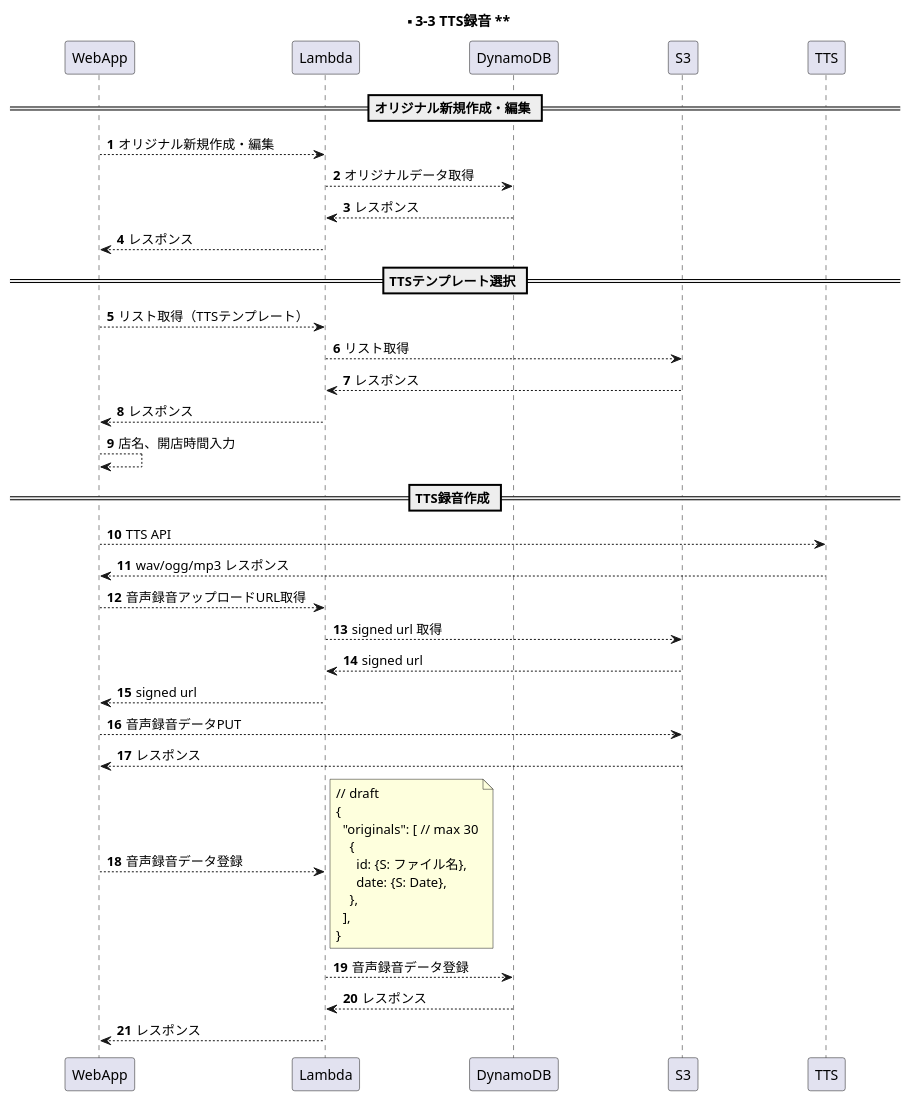
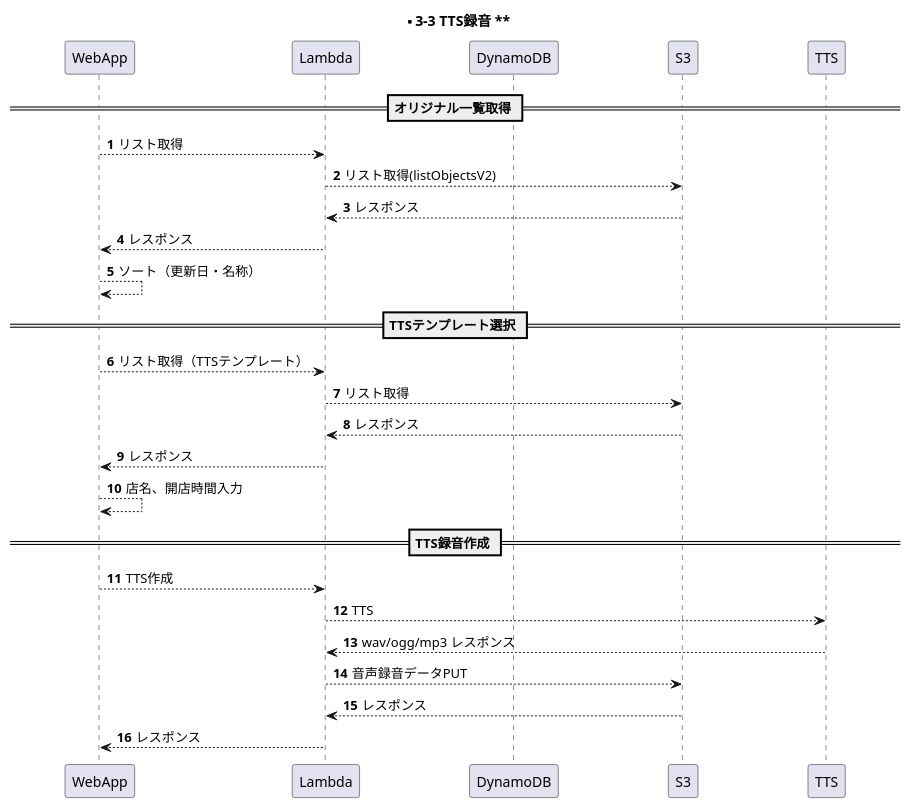
Before and after one commit to y-watanabe-usen/umesse-test: the diagram in documents/uml/s3-3.wsd, drawn with PlantUML. The commit also changed 13 other files, not shown here.

```diff
--- a/documents/uml/s3-3.wsd
+++ b/documents/uml/s3-3.wsd
@@ -1,51 +1,35 @@
 @startuml s3-3
 
 participant WebApp order 1
 participant Lambda order 2
 participant DynamoDB order 3
 participant S3 order 4
 participant TTS order 5
 skinparam ParticipantPadding 50
 autonumber
 
 title ** 3-3 TTS録音 **
 
-== オリジナル新規作成・編集 ==
-WebApp --> Lambda: オリジナル新規作成・編集
-Lambda --> DynamoDB: オリジナルデータ取得
-Lambda <-- DynamoDB: レスポンス
+== オリジナル一覧取得 ==
+WebApp --> Lambda: リスト取得
+Lambda --> S3: リスト取得(listObjectsV2)
+Lambda <-- S3: レスポンス
 WebApp <-- Lambda: レスポンス
+WebApp --> WebApp: ソート（更新日・名称）
 
 == TTSテンプレート選択 ==
 WebApp --> Lambda: リスト取得（TTSテンプレート）
 Lambda --> S3: リスト取得
 Lambda <-- S3: レスポンス
 WebApp <-- Lambda: レスポンス
 WebApp --> WebApp: 店名、開店時間入力
 
 == TTS録音作成 ==
-WebApp --> TTS: TTS API
-WebApp <-- TTS: wav/ogg/mp3 レスポンス
-WebApp --> Lambda: 音声録音アップロードURL取得
-Lambda --> S3: signed url 取得
-Lambda <-- S3: signed url
-WebApp <-- Lambda: signed url
-WebApp --> S3: 音声録音データPUT
-WebApp <-- S3: レスポンス
-WebApp --> Lambda: 音声録音データ登録
-note right
-// draft
-{
-  "originals": [ // max 30
-    {
-      id: {S: ファイル名},
-      date: {S: Date},
-    },
-  ],
-}
-end note
-Lambda --> DynamoDB: 音声録音データ登録
-Lambda <-- DynamoDB: レスポンス
+WebApp --> Lambda: TTS作成
+Lambda --> TTS: TTS
+Lambda <-- TTS: wav/ogg/mp3 レスポンス
+Lambda --> S3: 音声録音データPUT
+Lambda <-- S3: レスポンス
 WebApp <-- Lambda: レスポンス
 
 @enduml
```
